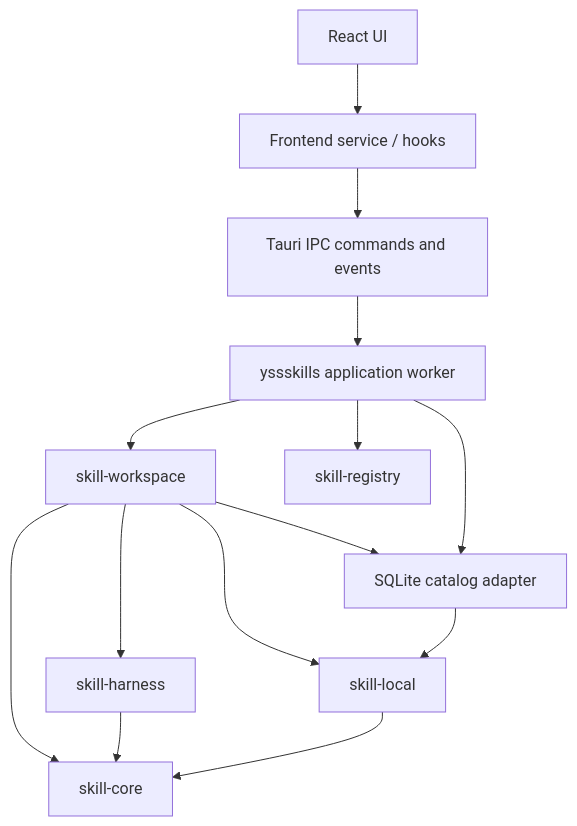
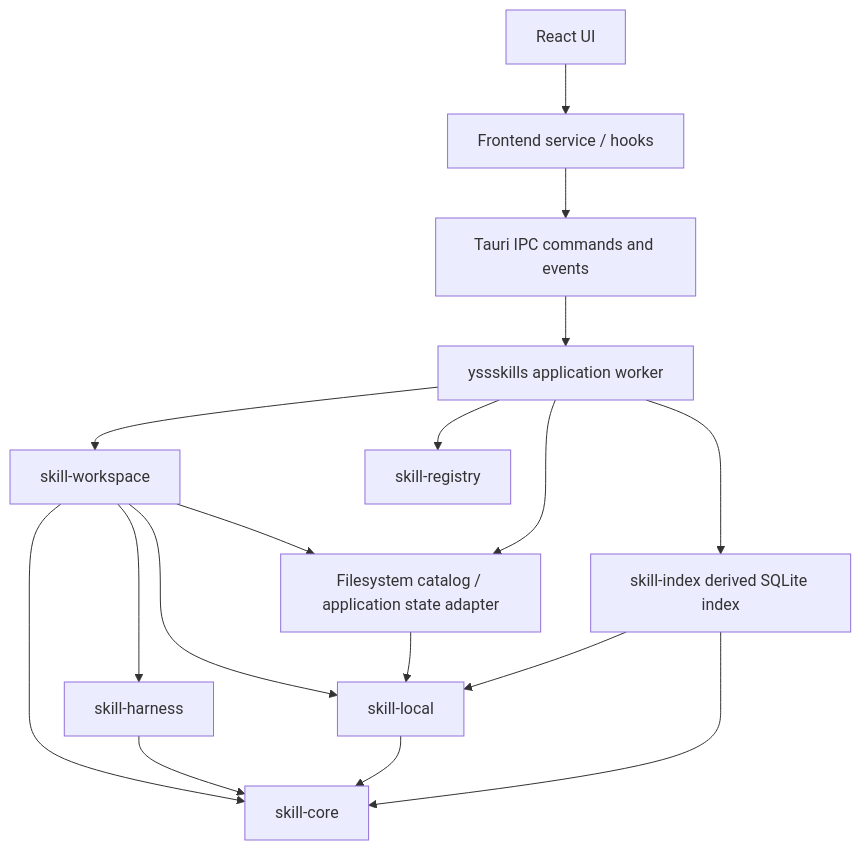
The diagram in docs/architecture/ARCHITECTURE.md (zhouyi207/YssSkills), drawn with Mermaid before and after one commit. The commit also changed other lines of this file, not shown here.

Commit message:
docs(architecture): document derived skill index

````diff
--- a/docs/architecture/ARCHITECTURE.md
+++ b/docs/architecture/ARCHITECTURE.md
@@ -61,19 +63,22 @@
 ```mermaid
 flowchart TD
     UI[React UI] --> FrontendService[Frontend service / hooks]
     FrontendService --> IPC[Tauri IPC commands and events]
     IPC --> AppWorker[yssskills application worker]
     AppWorker --> Workspace[skill-workspace]
     AppWorker --> Registry[skill-registry]
-    AppWorker --> Persistence[SQLite catalog adapter]
+    AppWorker --> Persistence[Filesystem catalog / application state adapter]
+    AppWorker --> Index[skill-index derived SQLite index]
 
     Workspace --> Core[skill-core]
     Workspace --> Harness[skill-harness]
     Workspace --> Local[skill-local]
     Workspace --> Persistence
     Persistence --> Local
+    Index --> Local
+    Index --> Core
 
     Harness --> Core
     Local --> Core
 
 ```
````
